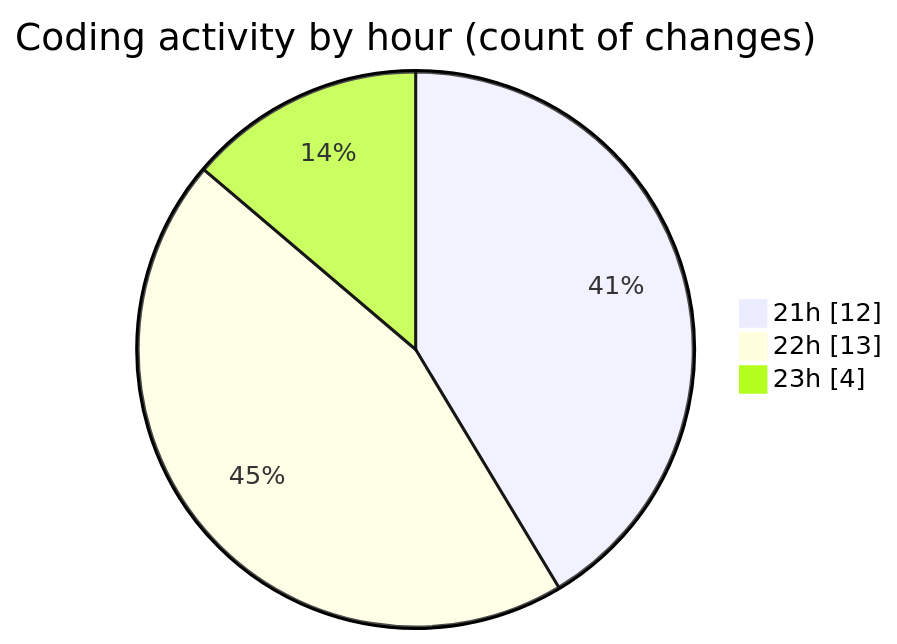
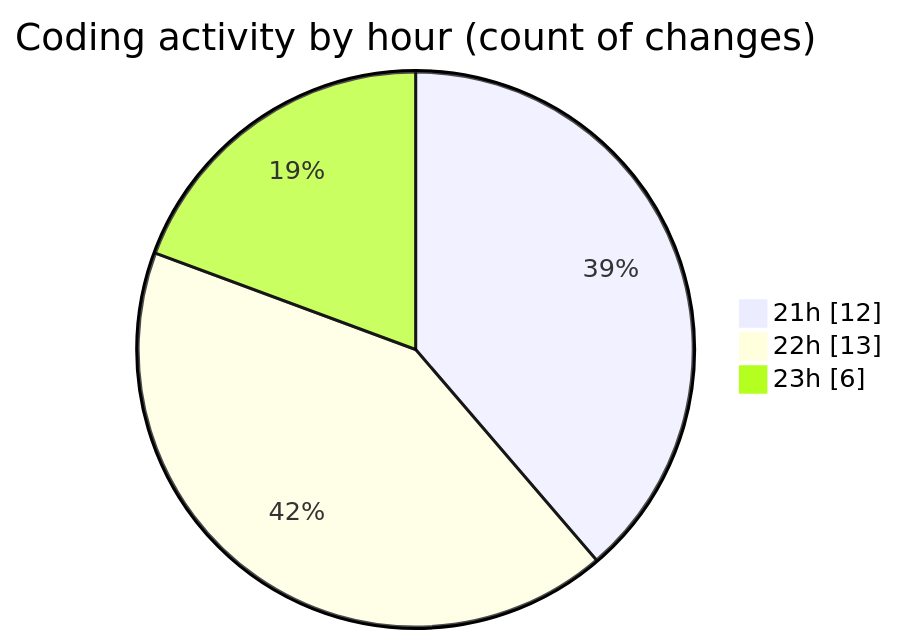
Before and after one commit to Elitesun/code-tracking: the second of 2 diagrams in 2025-03-08/elitesgpt/README.md, drawn with Mermaid. The commit also changed other lines of this file and 1 other file, not shown here.

````diff
--- a/2025-03-08/elitesgpt/README.md
+++ b/2025-03-08/elitesgpt/README.md
@@ -31,7 +31,7 @@
 ```mermaid
 pie showData
 title Coding activity by hour (count of changes)
 "21h" : 12
 "22h" : 13
-"23h" : 4
+"23h" : 6
 ```
````
